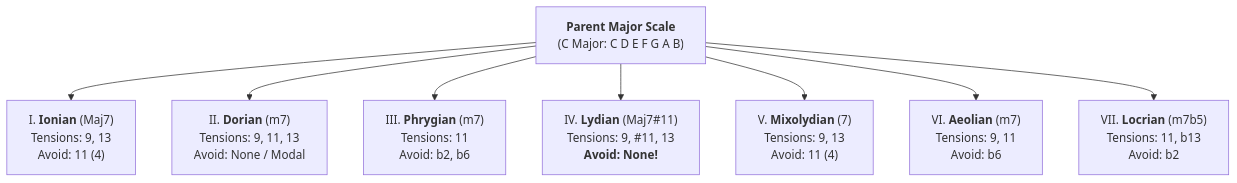
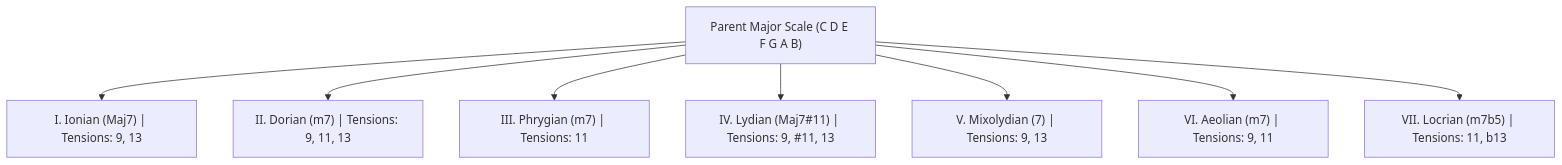
Before and after one commit to igor-kan/quarto-writing: the second of 4 diagrams in posts/music/chord-scale-theory-superimposition-and-harmonic-derivation.qmd, drawn with Mermaid. The commit also changed other lines of this file and 1 other file, not shown here.

Commit message:
Update music theory article with images, scale structures, and mermaid fixes

````diff
--- a/posts/music/chord-scale-theory-superimposition-and-harmonic-derivation.qmd
+++ b/posts/music/chord-scale-theory-superimposition-and-harmonic-derivation.qmd
@@ -86,11 +90,11 @@
 ```{mermaid}
 graph TD
-    M["<b>Parent Major Scale</b><br/>(C Major: C D E F G A B)"]
-    M --> I["I. <b>Ionian</b> (Maj7)<br/>Tensions: 9, 13<br/>Avoid: 11 (4)"]
-    M --> II["II. <b>Dorian</b> (m7)<br/>Tensions: 9, 11, 13<br/>Avoid: None / Modal"]
-    M --> III["III. <b>Phrygian</b> (m7)<br/>Tensions: 11<br/>Avoid: b2, b6"]
-    M --> IV["IV. <b>Lydian</b> (Maj7#11)<br/>Tensions: 9, #11, 13<br/><b>Avoid: None!</b>"]
-    M --> V["V. <b>Mixolydian</b> (7)<br/>Tensions: 9, 13<br/>Avoid: 11 (4)"]
-    M --> VI["VI. <b>Aeolian</b> (m7)<br/>Tensions: 9, 11<br/>Avoid: b6"]
-    M --> VII["VII. <b>Locrian</b> (m7b5)<br/>Tensions: 11, b13<br/>Avoid: b2"]
+    M["Parent Major Scale (C D E F G A B)"]
+    M --> I["I. Ionian (Maj7) | Tensions: 9, 13"]
+    M --> II["II. Dorian (m7) | Tensions: 9, 11, 13"]
+    M --> III["III. Phrygian (m7) | Tensions: 11"]
+    M --> IV["IV. Lydian (Maj7#11) | Tensions: 9, #11, 13"]
+    M --> V["V. Mixolydian (7) | Tensions: 9, 13"]
+    M --> VI["VI. Aeolian (m7) | Tensions: 9, 11"]
+    M --> VII["VII. Locrian (m7b5) | Tensions: 11, b13"]
 ```
````
